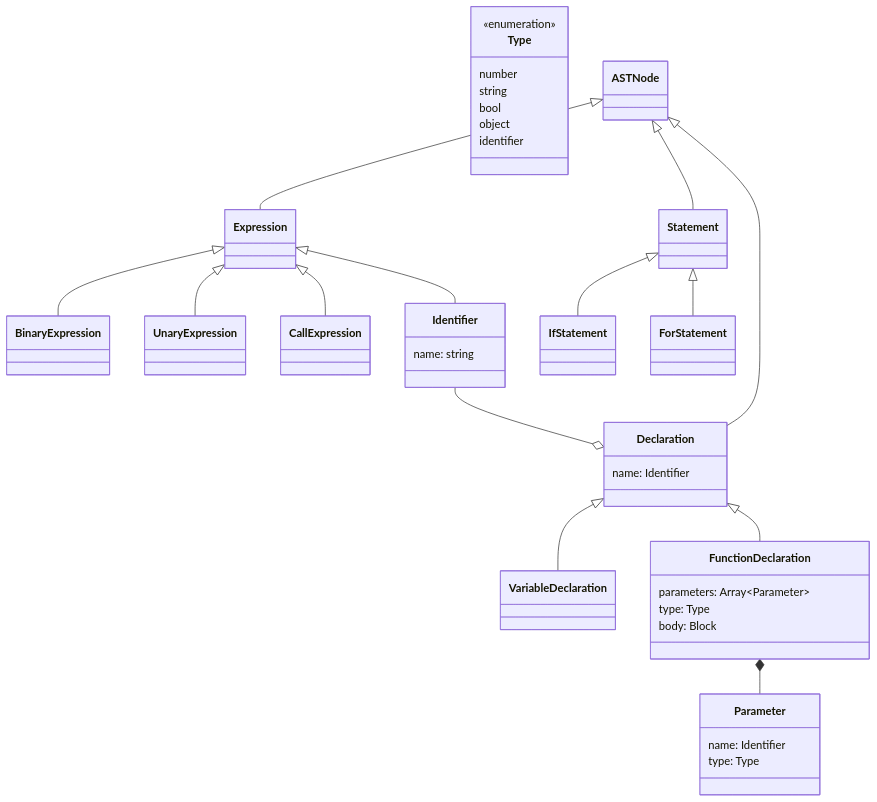
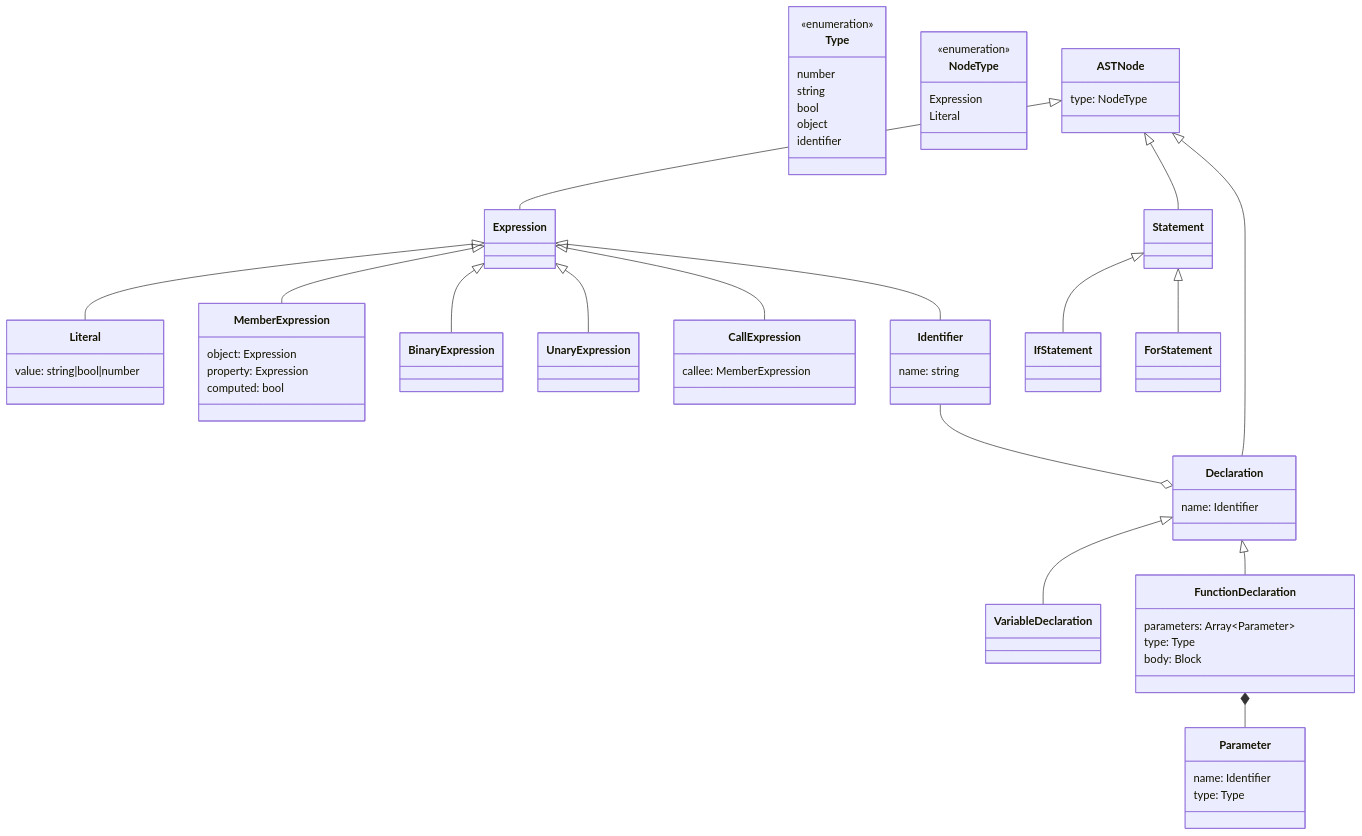
Before and after one commit to R4DEONN/Prima: the second of 2 diagrams in README.md, drawn with Mermaid.

Commit message:
Начал описывать AST

````diff
--- a/README.md
+++ b/README.md
@@ -177,54 +177,74 @@
 ```mermaid
 classDiagram
     class Type {
         <<enumeration>>
         number
         string
         bool
         object
         identifier
     }
     
-    class ASTNode
+    class NodeType {
+        <<enumeration>>
+        Expression
+        Literal
+    }
+    
+    class ASTNode {
+        type: NodeType
+    }
     class Expression
+    class Literal {
+        value: string|bool|number
+    }
+    class MemberExpression {
+        object: Expression
+        property: Expression
+        computed: bool
+    }
     class BinaryExpression
     class UnaryExpression
-    class CallExpression
+    class CallExpression {
+        callee: MemberExpression
+    }
     class Identifier {
         name: string
     }
     
     class Statement
     class IfStatement
     class ForStatement
     
     class Declaration {
         name: Identifier
     }
     class VariableDeclaration
     class FunctionDeclaration {
         parameters: Array~Parameter~
         type: Type
         body: Block
     }
     class Parameter {
         name: Identifier
         type: Type
     }
     
     ASTNode <|-- Expression
+    Expression <|-- Literal
+    Expression <|-- MemberExpression
     Expression <|-- BinaryExpression
     Expression <|-- UnaryExpression
     Expression <|-- CallExpression
     Expression <|-- Identifier
     
     ASTNode <|-- Statement
     Statement <|-- IfStatement
     Statement <|-- ForStatement
     
     ASTNode <|-- Declaration
     Identifier --o Declaration
     Declaration <|-- VariableDeclaration
     Declaration <|-- FunctionDeclaration
     FunctionDeclaration *-- Parameter
 ```
````
